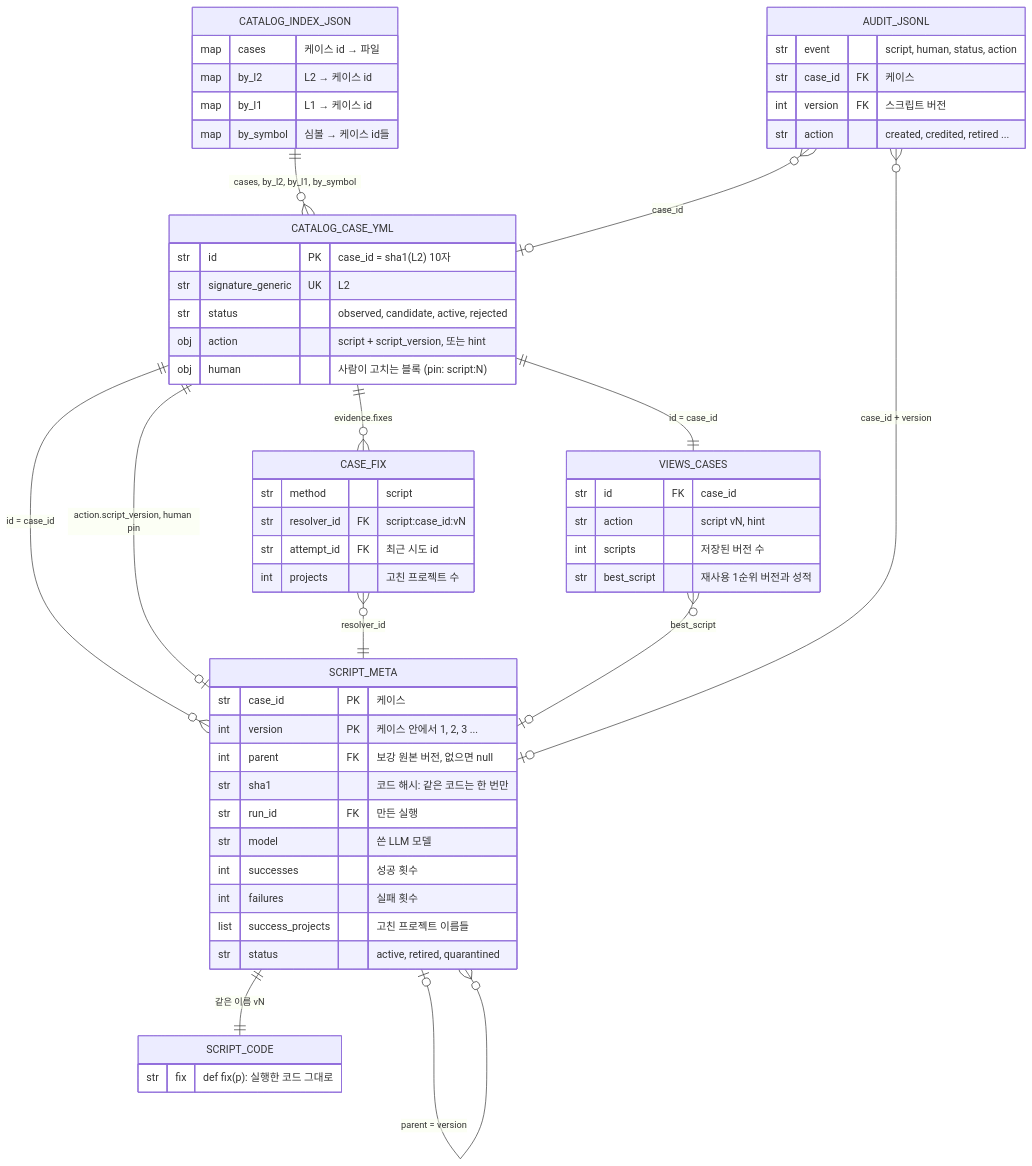
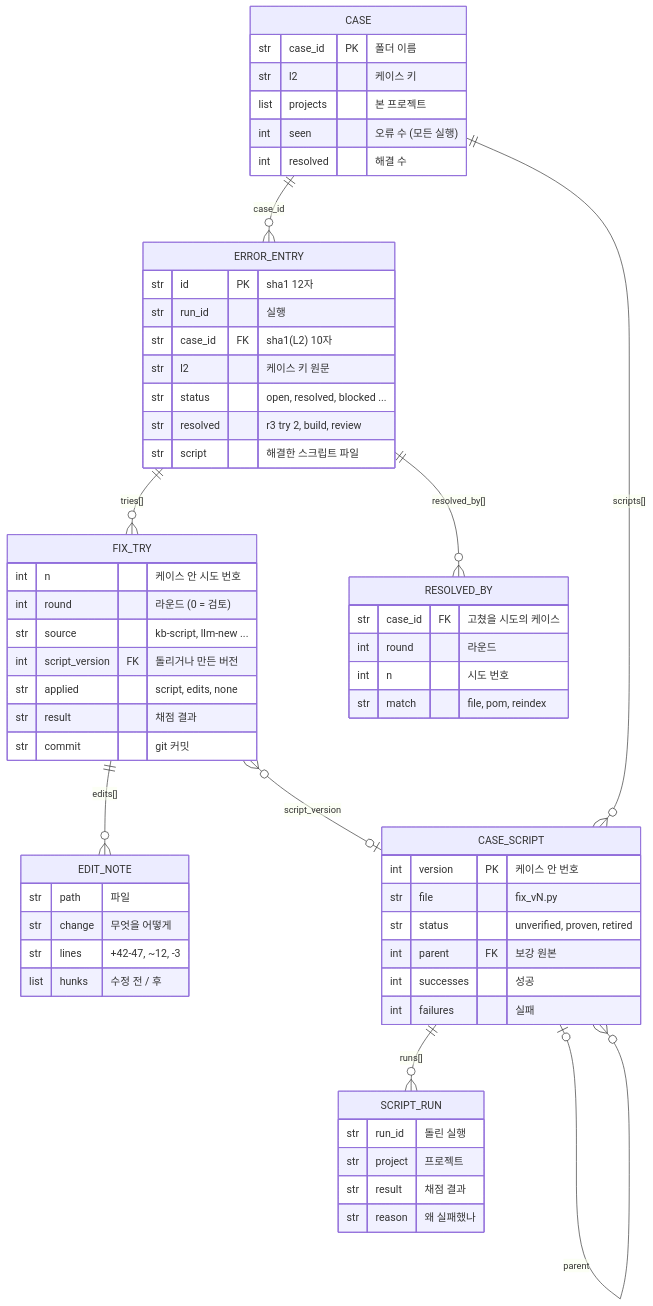
The third of 6 diagrams in docs/kb-map/kb-map.md (acandiatale/tutu), drawn with Mermaid before and after one commit. The commit also changed other lines of this file and 126 other files, not shown here.

First line of the commit message:
docs: only the deployed flow-v2 system is documented; v1-era material removed; progress checklist (user, 2026-11-11)

````diff
--- a/docs/kb-map/kb-map.md
+++ b/docs/kb-map/kb-map.md
@@ -293,60 +113,62 @@
 ```mermaid
 erDiagram
-  CATALOG_CASE_YML {
-    str id PK "case_id = sha1(L2) 10자"
-    str signature_generic UK "L2"
-    str status "observed, candidate, active, rejected"
-    obj action "script + script_version, 또는 hint"
-    obj human "사람이 고치는 블록 (pin: script:N)"
+  ERROR_ENTRY ||--o{ FIX_TRY : "tries[]"
+  ERROR_ENTRY ||--o{ RESOLVED_BY : "resolved_by[]"
+  FIX_TRY ||--o{ EDIT_NOTE : "edits[]"
+  CASE ||--o{ ERROR_ENTRY : "case_id"
+  CASE ||--o{ CASE_SCRIPT : "scripts[]"
+  CASE_SCRIPT ||--o{ SCRIPT_RUN : "runs[]"
+  CASE_SCRIPT |o--o{ CASE_SCRIPT : "parent"
+  FIX_TRY }o--o| CASE_SCRIPT : "script_version"
+  ERROR_ENTRY {
+    str id PK "sha1 12자"
+    str run_id "실행"
+    str case_id FK "sha1(L2) 10자"
+    str l2 "케이스 키 원문"
+    str status "open, resolved, blocked ..."
+    str resolved "r3 try 2, build, review"
+    str script "해결한 스크립트 파일"
   }
-  SCRIPT_META {
-    str case_id PK "케이스"
-    int version PK "케이스 안에서 1, 2, 3 ..."
-    int parent FK "보강 원본 버전, 없으면 null"
-    str sha1 "코드 해시: 같은 코드는 한 번만"
-    str run_id FK "만든 실행"
-    str model "쓴 LLM 모델"
-    int successes "성공 횟수"
-    int failures "실패 횟수"
-    list success_projects "고친 프로젝트 이름들"
-    str status "active, retired, quarantined"
+  FIX_TRY {
+    int n "케이스 안 시도 번호"
+    int round "라운드 (0 = 검토)"
+    str source "kb-script, llm-new ..."
+    int script_version FK "돌리거나 만든 버전"
+    str applied "script, edits, none"
+    str result "채점 결과"
+    str commit "git 커밋"
   }
-  SCRIPT_CODE {
-    str fix "def fix(p): 실행한 코드 그대로"
+  CASE {
+    str case_id PK "폴더 이름"
+    str l2 "케이스 키"
+    list projects "본 프로젝트"
+    int seen "오류 수 (모든 실행)"
+    int resolved "해결 수"
   }
-  CASE_FIX {
-    str method "script"
-    str resolver_id FK "script:case_id:vN"
-    str attempt_id FK "최근 시도 id"
-    int projects "고친 프로젝트 수"
+  CASE_SCRIPT {
+    int version PK "케이스 안 번호"
+    str file "fix_vN.py"
+    str status "unverified, proven, retired"
+    int parent FK "보강 원본"
+    int successes "성공"
+    int failures "실패"
   }
-  CATALOG_INDEX_JSON {
-    map cases "케이스 id → 파일"
-    map by_l2 "L2 → 케이스 id"
-    map by_l1 "L1 → 케이스 id"
-    map by_symbol "심볼 → 케이스 id들"
+  SCRIPT_RUN {
+    str run_id "돌린 실행"
+    str project "프로젝트"
+    str result "채점 결과"
+    str reason "왜 실패했나"
   }
-  VIEWS_CASES {
-    str id FK "case_id"
-    str action "script vN, hint"
-    int scripts "저장된 버전 수"
-    str best_script "재사용 1순위 버전과 성적"
+  RESOLVED_BY {
+    str case_id FK "고쳤을 시도의 케이스"
+    int round "라운드"
+    int n "시도 번호"
+    str match "file, pom, reindex"
   }
-  AUDIT_JSONL {
-    str event "script, human, status, action"
-    str case_id FK "케이스"
-    int version FK "스크립트 버전"
-    str action "created, credited, retired ..."
+  EDIT_NOTE {
+    str path "파일"
+    str change "무엇을 어떻게"
+    str lines "+42-47, ~12, -3"
+    list hunks "수정 전 / 후"
   }
-  CATALOG_CASE_YML ||--o{ SCRIPT_META : "id = case_id"
-  SCRIPT_META ||--|| SCRIPT_CODE : "같은 이름 vN"
-  SCRIPT_META |o--o{ SCRIPT_META : "parent = version"
-  CATALOG_CASE_YML ||--o| SCRIPT_META : "action.script_version, human pin"
-  CATALOG_CASE_YML ||--o{ CASE_FIX : "evidence.fixes"
-  CASE_FIX }o--|| SCRIPT_META : "resolver_id"
-  CATALOG_INDEX_JSON ||--o{ CATALOG_CASE_YML : "cases, by_l2, by_l1, by_symbol"
-  CATALOG_CASE_YML ||--|| VIEWS_CASES : "id = case_id"
-  VIEWS_CASES }o--o| SCRIPT_META : "best_script"
-  AUDIT_JSONL }o--o| SCRIPT_META : "case_id + version"
-  AUDIT_JSONL }o--o| CATALOG_CASE_YML : "case_id"
 ```
````
